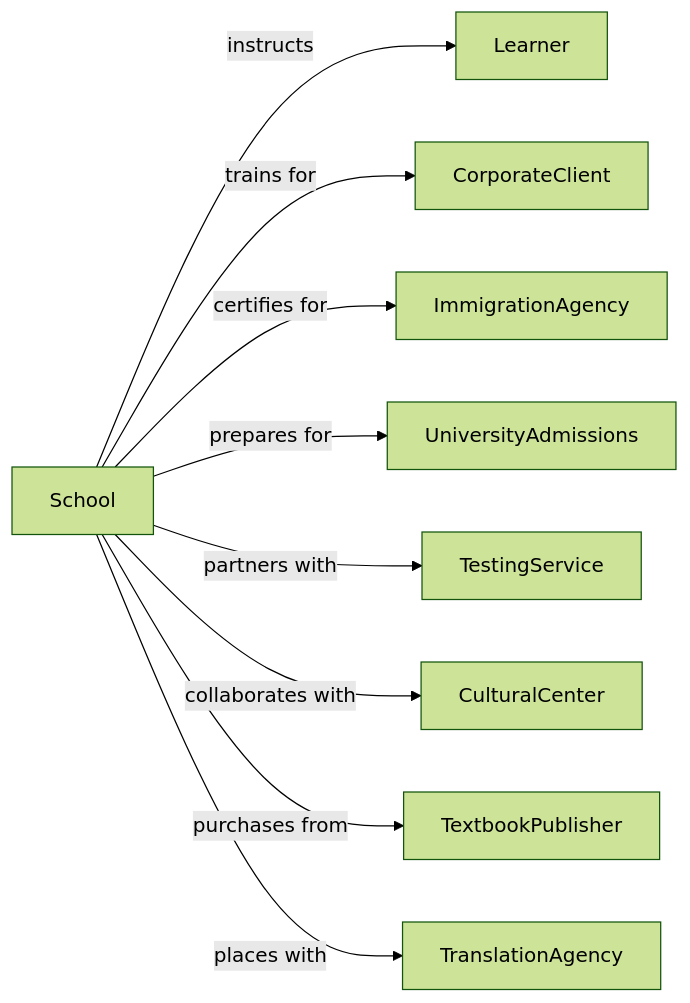
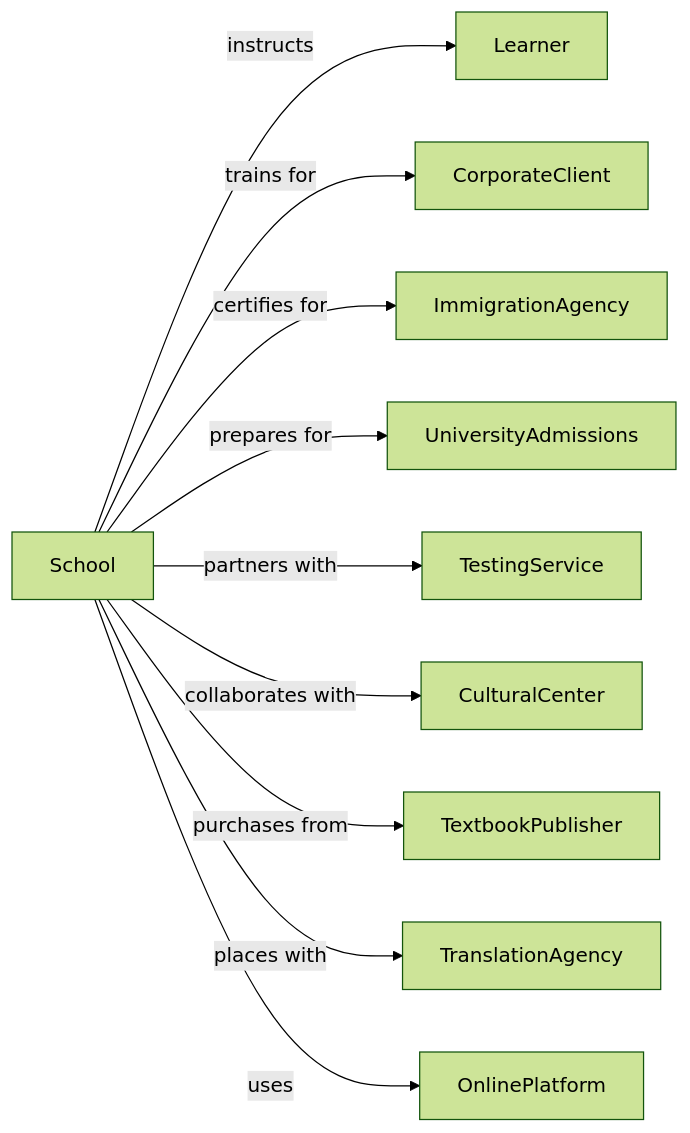
The second of 2 diagrams in Education/Education/OtherSchoolsAndInstruction/LanguageSchools.mdx (dot-org-ai/industries.org.ai), drawn with Mermaid (forest theme) before and after one commit. The commit also changed 588 other files, not shown here.

````diff
--- a/Education/Education/OtherSchoolsAndInstruction/LanguageSchools.mdx
+++ b/Education/Education/OtherSchoolsAndInstruction/LanguageSchools.mdx
@@ -141,13 +141,14 @@
 ```mermaid
 graph LR
     S[School]
 
     S -->|instructs| Learner
     S -->|trains for| CorporateClient
     S -->|certifies for| ImmigrationAgency
     S -->|prepares for| UniversityAdmissions
     S -->|partners with| TestingService
     S -->|collaborates with| CulturalCenter
     S -->|purchases from| TextbookPublisher
     S -->|places with| TranslationAgency
+    S -->|uses| OnlinePlatform
 ```
````
